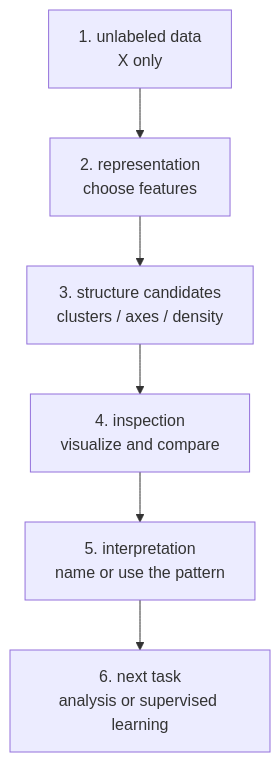
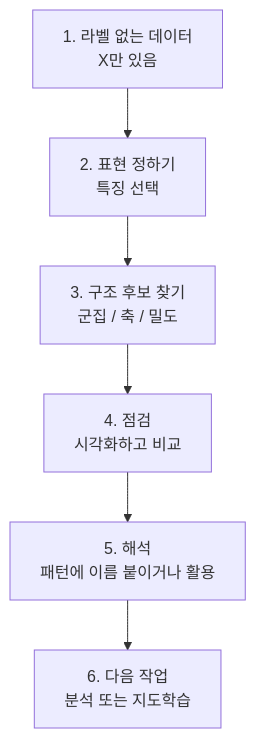
Before and after one commit to devchan64/AiBook: the second of 3 diagrams in docs/parts/part-04/chapter-02/section-02.md, drawn with Mermaid. The commit also changed other lines of this file and 21 other files, not shown here.

````diff
--- a/docs/parts/part-04/chapter-02/section-02.md
+++ b/docs/parts/part-04/chapter-02/section-02.md
@@ -83,15 +83,15 @@
 ```mermaid
 flowchart TB
-  A["1. unlabeled data<br/>X only"]
-  B["2. representation<br/>choose features"]
-  C["3. structure candidates<br/>clusters / axes / density"]
-  D["4. inspection<br/>visualize and compare"]
-  E["5. interpretation<br/>name or use the pattern"]
-  F["6. next task<br/>analysis or supervised learning"]
+  A["1. 라벨 없는 데이터<br/>X만 있음"]
+  B["2. 표현 정하기<br/>특징 선택"]
+  C["3. 구조 후보 찾기<br/>군집 / 축 / 밀도"]
+  D["4. 점검<br/>시각화하고 비교"]
+  E["5. 해석<br/>패턴에 이름 붙이거나 활용"]
+  F["6. 다음 작업<br/>분석 또는 지도학습"]
 
   A --> B
   B --> C
   C --> D
   D --> E
   E --> F
 ```
````
